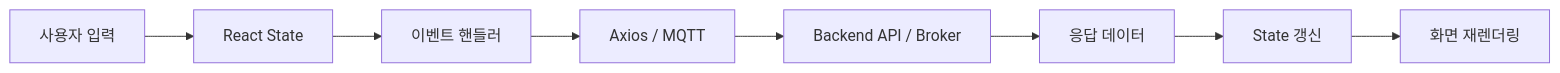
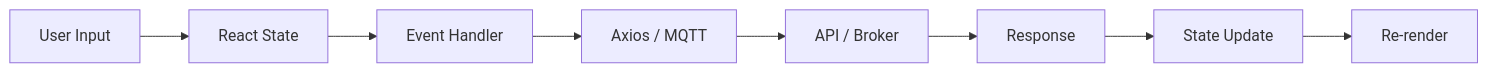
The diagram in README.md (HWANG-SEONHO/react1), drawn with Mermaid before and after one commit. The commit also changed other lines of this file and 1 other file, not shown here.

````diff
--- a/README.md
+++ b/README.md
@@ -90,10 +127,10 @@
 ```mermaid
 flowchart LR
-    A[사용자 입력] --> B[React State]
-    B --> C[이벤트 핸들러]
+    A[User Input] --> B[React State]
+    B --> C[Event Handler]
     C --> D[Axios / MQTT]
-    D --> E[Backend API / Broker]
-    E --> F[응답 데이터]
-    F --> G[State 갱신]
-    G --> H[화면 재렌더링]
+    D --> E[API / Broker]
+    E --> F[Response]
+    F --> G[State Update]
+    G --> H[Re-render]
 ```
````
